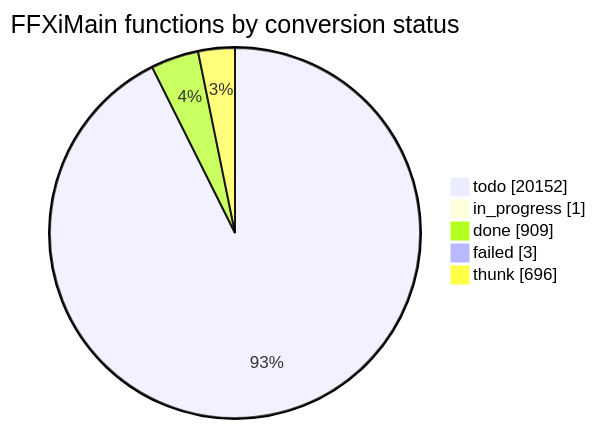
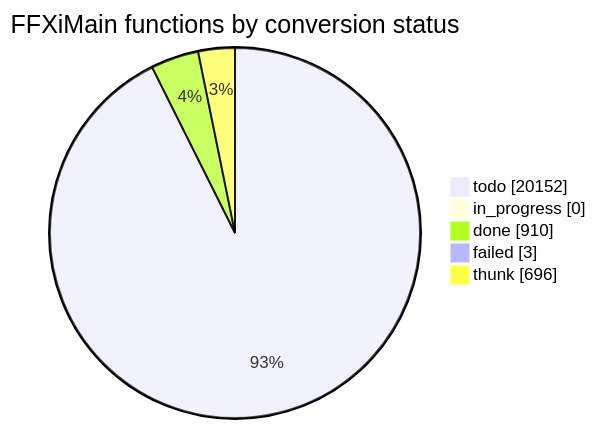
One commit to cowrevenge/cow_kuluu_xi_anything changed the diagram in docs/cow/STATUS.md. Above: the diagram before and after it, drawn with Mermaid. The commit also changed other lines of this file and 8 other files, not shown here.

````diff
--- a/docs/cow/STATUS.md
+++ b/docs/cow/STATUS.md
@@ -18,9 +18,9 @@
 ```mermaid
 pie showData
     title FFXiMain functions by conversion status
     "todo" : 20152
-    "in_progress" : 1
-    "done" : 909
+    "in_progress" : 0
+    "done" : 910
     "failed" : 3
     "thunk" : 696
 ```
````
